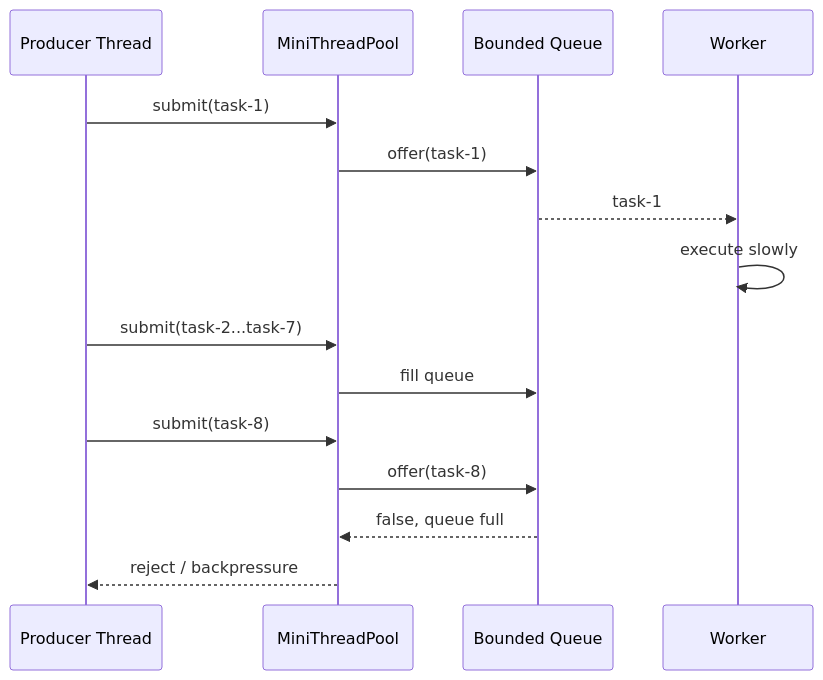
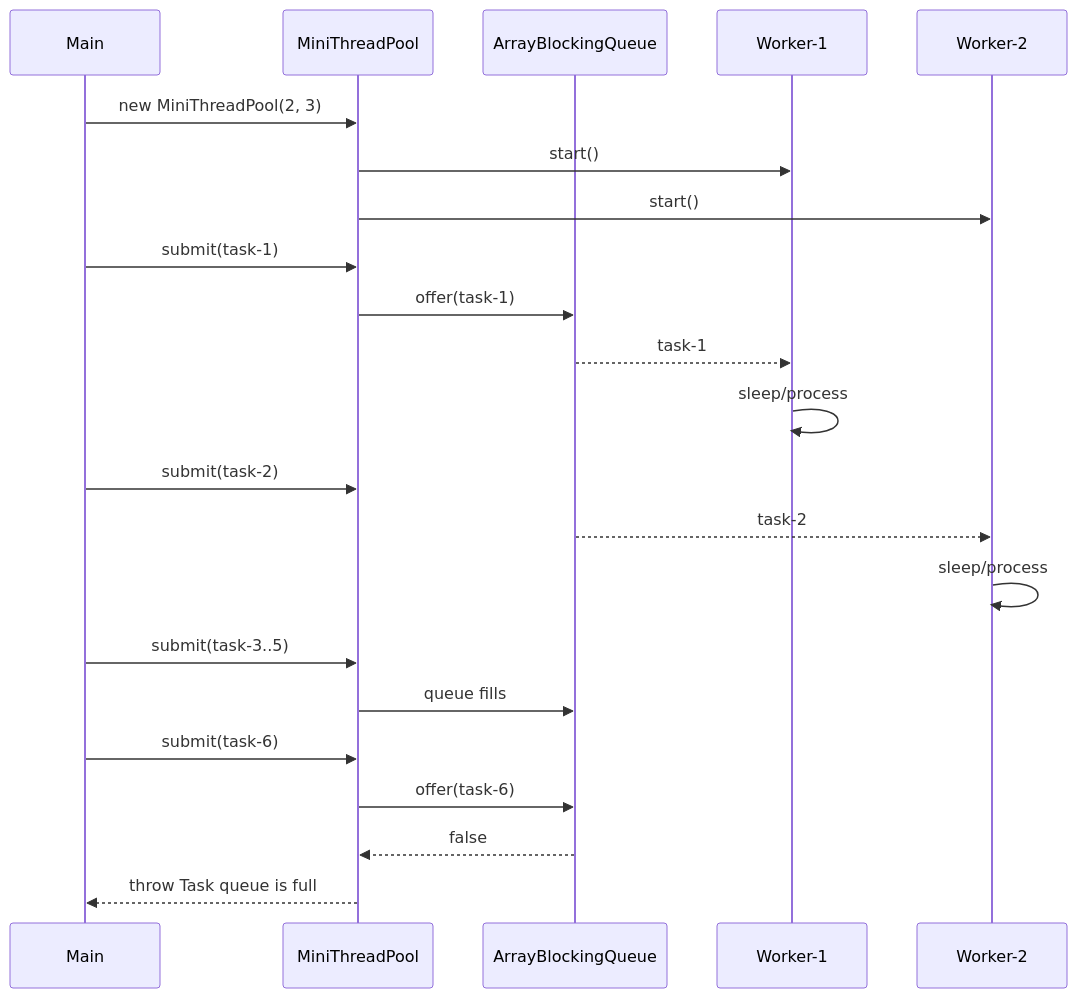
One commit to mthaiseer/springcloud-systemdesign-notes changed the second of 8 diagrams in HLD_NOTES/006_MINI_PROJECTS/001_ThreadPool.md. Above: the diagram before and after it, drawn with Mermaid. The commit also changed other lines of this file and 2 other files, not shown here.

````diff
--- a/HLD_NOTES/006_MINI_PROJECTS/001_ThreadPool.md
+++ b/HLD_NOTES/006_MINI_PROJECTS/001_ThreadPool.md
@@ -1031,18 +1031,25 @@
 ```mermaid
 sequenceDiagram
-    participant Producer as Producer Thread
+    participant Main
     participant Pool as MiniThreadPool
-    participant Queue as Bounded Queue
-    participant Worker as Worker
+    participant Queue as ArrayBlockingQueue
+    participant W1 as Worker-1
+    participant W2 as Worker-2
 
-    Producer->>Pool: submit(task-1)
+    Main->>Pool: new MiniThreadPool(2, 3)
+    Pool->>W1: start()
+    Pool->>W2: start()
+    Main->>Pool: submit(task-1)
     Pool->>Queue: offer(task-1)
-    Queue-->>Worker: task-1
-    Worker->>Worker: execute slowly
-    Producer->>Pool: submit(task-2...task-7)
-    Pool->>Queue: fill queue
-    Producer->>Pool: submit(task-8)
-    Pool->>Queue: offer(task-8)
-    Queue-->>Pool: false, queue full
-    Pool-->>Producer: reject / backpressure
+    Queue-->>W1: task-1
+    W1->>W1: sleep/process
+    Main->>Pool: submit(task-2)
+    Queue-->>W2: task-2
+    W2->>W2: sleep/process
+    Main->>Pool: submit(task-3..5)
+    Pool->>Queue: queue fills
+    Main->>Pool: submit(task-6)
+    Pool->>Queue: offer(task-6)
+    Queue-->>Pool: false
+    Pool-->>Main: throw Task queue is full
 ```
````
